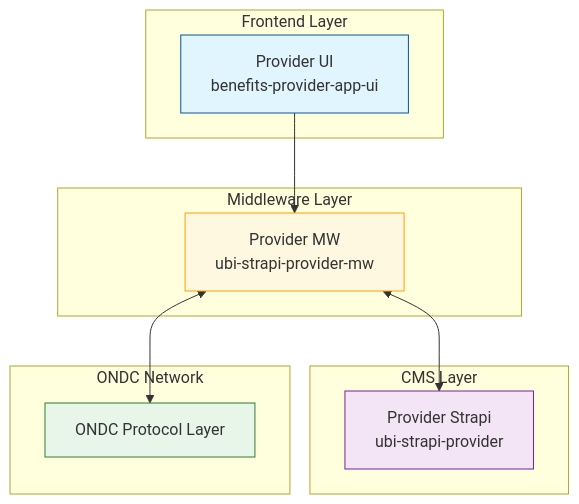
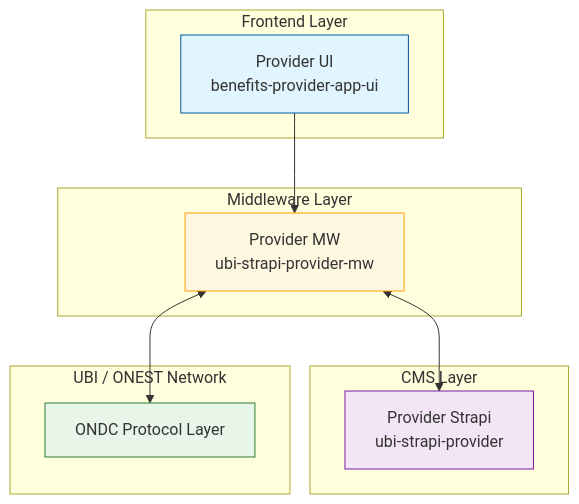
Before and after one commit to rajnishdargan/ubi-strapi-provider-mw: the first of 3 diagrams in docs/arch-diagrams.md, drawn with Mermaid. The commit also changed other lines of this file and 2 other files, not shown here.

Commit message:
Issue #246252 chore: Adding diagrams

````diff
--- a/docs/arch-diagrams.md
+++ b/docs/arch-diagrams.md
@@ -9,26 +9,26 @@
 ```mermaid
 graph TB
     subgraph "Frontend Layer"
         UI[Provider UI<br/>benefits-provider-app-ui]
         style UI fill:#e1f5fe,stroke:#01579b
     end
 
     subgraph "Middleware Layer"
         MW[Provider MW<br/>ubi-strapi-provider-mw]
         style MW fill:#fff8e1,stroke:#ffa000
     end
 
     subgraph "CMS Layer"
         CMS[Provider Strapi<br/>ubi-strapi-provider]
         style CMS fill:#f3e5f5,stroke:#7b1fa2
     end
 
-    subgraph "ONDC Network"
+    subgraph "UBI / ONEST Network"
         ONDC[ONDC Protocol Layer]
         style ONDC fill:#e8f5e9,stroke:#2e7d32
     end
 
     UI --> MW
     MW <--> ONDC
     MW <--> CMS
 ```
````
